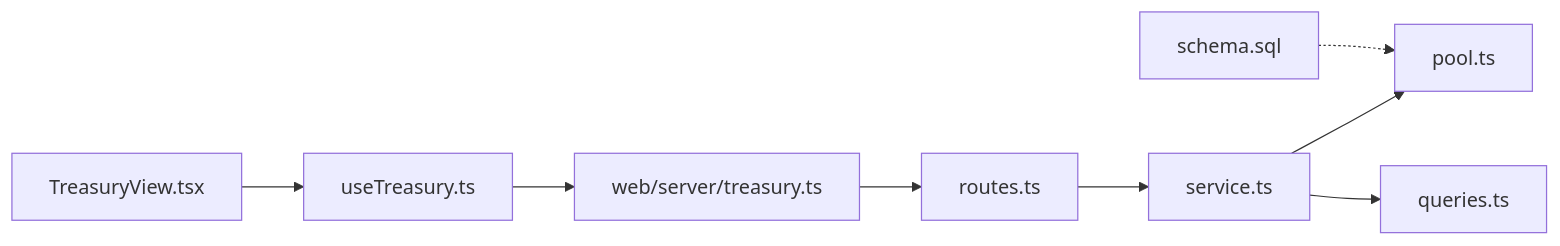
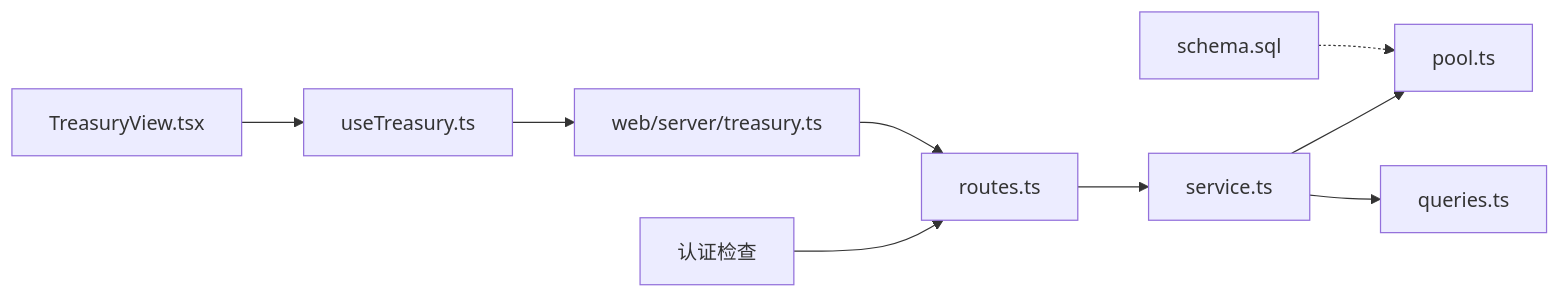
One commit to Maki3991/study-PactLedger changed the third of 3 diagrams in .qoder/repowiki/zh/content/业务逻辑层/国库管理系统.md. Above: the diagram before and after it, drawn with Mermaid. The commit also changed other lines of this file and 15 other files, not shown here.

````diff
--- a/.qoder/repowiki/zh/content/业务逻辑层/国库管理系统.md
+++ b/.qoder/repowiki/zh/content/业务逻辑层/国库管理系统.md
@@ -220,10 +251,11 @@
 ```mermaid
 graph LR
-R["routes.ts"] --> S["service.ts"]
+A["认证检查"] --> R["routes.ts"]
+R --> S["service.ts"]
 S --> P["pool.ts"]
 S --> Q["queries.ts"]
 T["schema.sql"] -.-> P
 V["TreasuryView.tsx"] --> H["useTreasury.ts"]
 H --> W["web/server/treasury.ts"]
 W --> R
 ```
````
